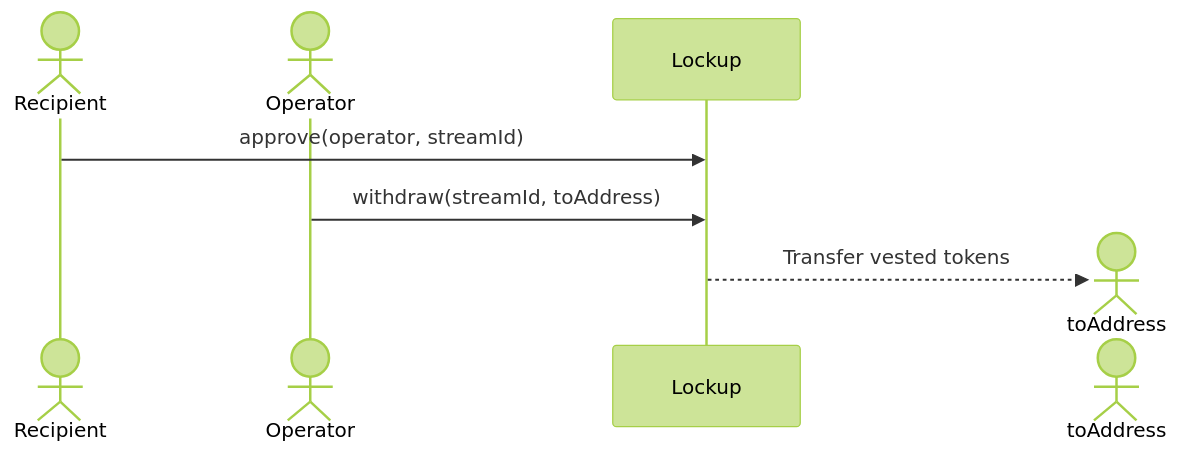
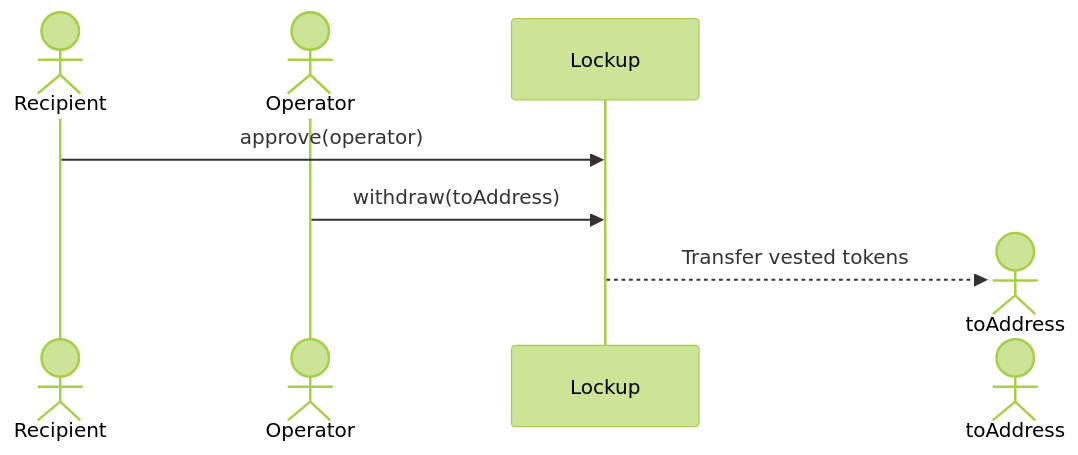
Before and after one commit to sablier-labs/docs: the tenth of 11 diagrams in docs/reference/lockup/04-access-control.md, drawn with Mermaid (forest theme). The commit also changed other lines of this file and 3 other files, not shown here.

Commit message:
removes streamId from sequence diagrams categorizes diagrams in Flow access control simplifies diagrams in Lockup access control defines ongoing debt in Flow overview fixes definition of snapshot debt in Flow overview adds abbreviations in Flow diagrams

````diff
--- a/docs/reference/lockup/04-access-control.md
+++ b/docs/reference/lockup/04-access-control.md
@@ -156,10 +154,10 @@
 ```mermaid
 sequenceDiagram
   actor Recipient
   actor Operator
 
-  Recipient ->> Lockup: approve(operator, streamId)
-  Operator ->> Lockup: withdraw(streamId, toAddress)
+  Recipient ->> Lockup: approve(operator)
+  Operator ->> Lockup: withdraw(toAddress)
   Create actor toAddress
   Lockup -->> toAddress: Transfer vested tokens
 ```
````
